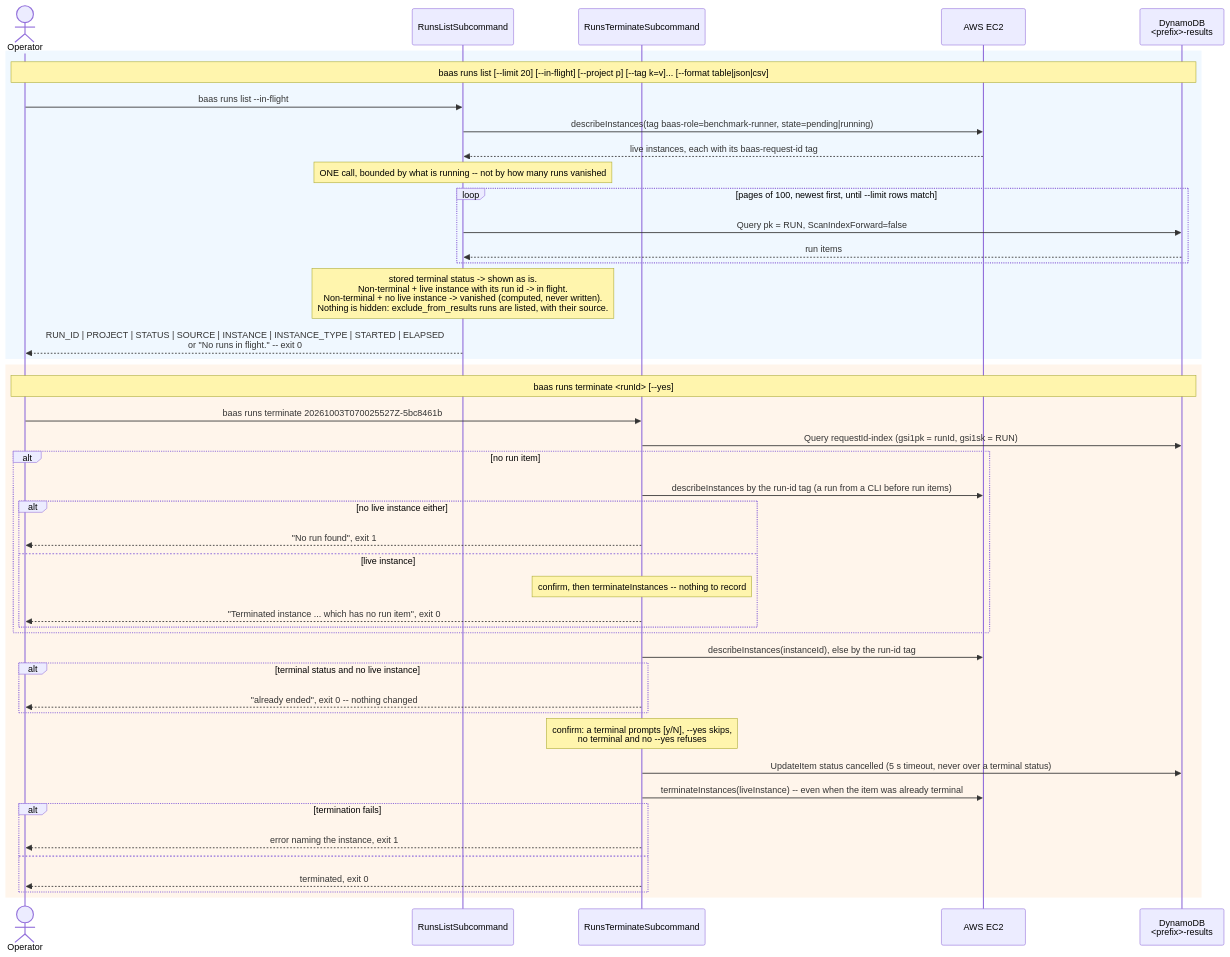
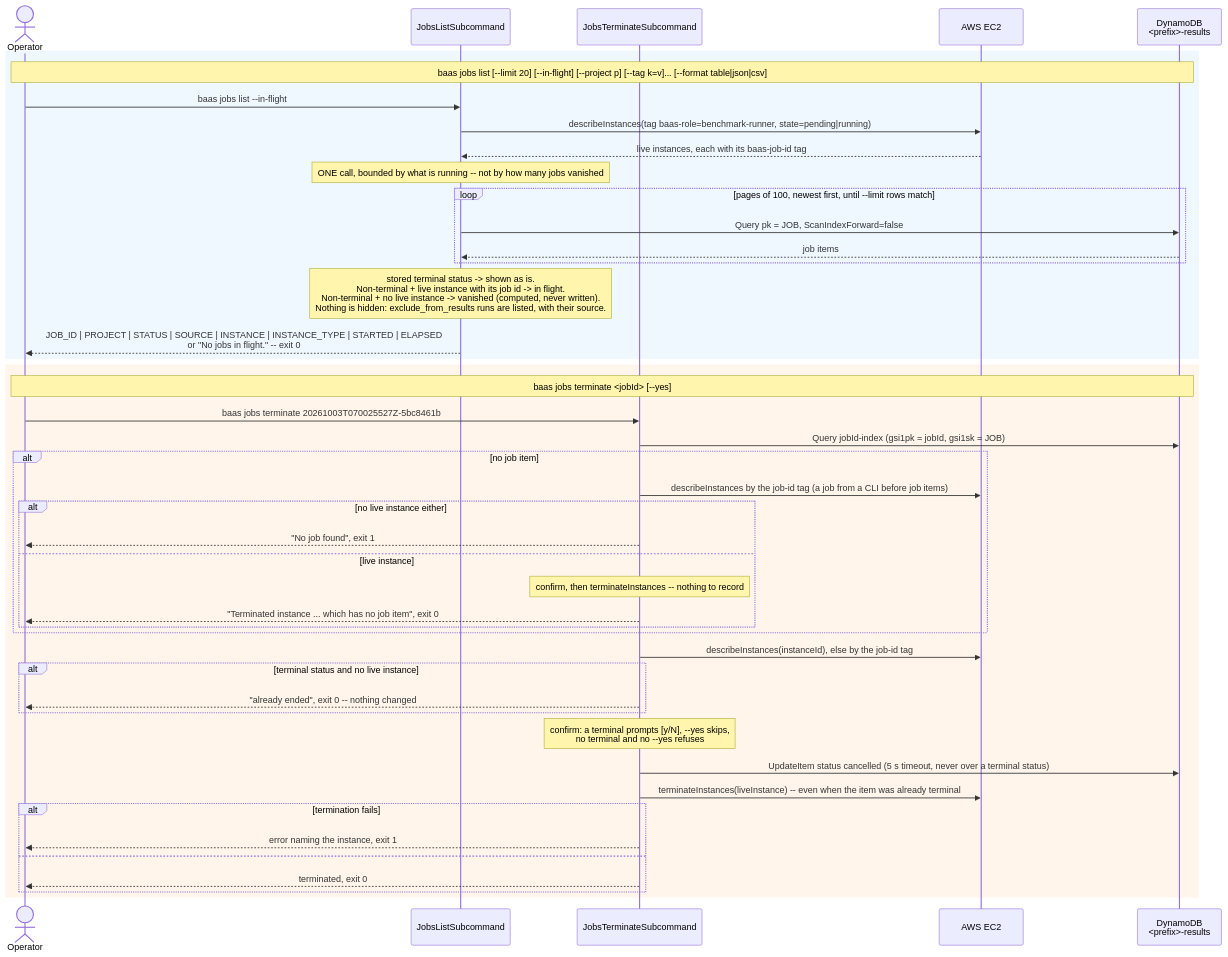
The diagram in docs/diagrams/baas-jobs.mmd (wsztajerowski/benchmark-as-a-service), drawn with Mermaid before and after one commit. The commit also changed 21 other files, not shown here.

First line of the commit message:
docs: call a run a job in the docs and diagrams

```diff
--- a/docs/diagrams/baas-jobs.mmd
+++ b/docs/diagrams/baas-jobs.mmd
@@ -1,47 +1,47 @@
 sequenceDiagram
     actor User as Operator
-    participant RL as RunsListSubcommand
-    participant RT as RunsTerminateSubcommand
+    participant RL as JobsListSubcommand
+    participant RT as JobsTerminateSubcommand
     participant EC2 as AWS EC2
     participant DDB as DynamoDB<br/><prefix>-results
 
     rect rgb(240, 248, 255)
-        Note over User,DDB: baas runs list [--limit 20] [--in-flight] [--project p] [--tag k=v]... [--format table|json|csv]
-        User->>RL: baas runs list --in-flight
+        Note over User,DDB: baas jobs list [--limit 20] [--in-flight] [--project p] [--tag k=v]... [--format table|json|csv]
+        User->>RL: baas jobs list --in-flight
         RL->>EC2: describeInstances(tag baas-role=benchmark-runner, state=pending|running)
-        EC2-->>RL: live instances, each with its baas-request-id tag
-        Note over RL: ONE call, bounded by what is running -- not by how many runs vanished
+        EC2-->>RL: live instances, each with its baas-job-id tag
+        Note over RL: ONE call, bounded by what is running -- not by how many jobs vanished
         loop pages of 100, newest first, until --limit rows match
-            RL->>DDB: Query pk = RUN, ScanIndexForward=false
-            DDB-->>RL: run items
+            RL->>DDB: Query pk = JOB, ScanIndexForward=false
+            DDB-->>RL: job items
         end
-        Note over RL: stored terminal status -> shown as is.<br/>Non-terminal + live instance with its run id -> in flight.<br/>Non-terminal + no live instance -> vanished (computed, never written).<br/>Nothing is hidden: exclude_from_results runs are listed, with their source.
-        RL-->>User: RUN_ID | PROJECT | STATUS | SOURCE | INSTANCE | INSTANCE_TYPE | STARTED | ELAPSED<br/>or "No runs in flight." -- exit 0
+        Note over RL: stored terminal status -> shown as is.<br/>Non-terminal + live instance with its job id -> in flight.<br/>Non-terminal + no live instance -> vanished (computed, never written).<br/>Nothing is hidden: exclude_from_results runs are listed, with their source.
+        RL-->>User: JOB_ID | PROJECT | STATUS | SOURCE | INSTANCE | INSTANCE_TYPE | STARTED | ELAPSED<br/>or "No jobs in flight." -- exit 0
     end
 
     rect rgb(255, 245, 235)
-        Note over User,DDB: baas runs terminate <runId> [--yes]
-        User->>RT: baas runs terminate 20261003T070025527Z-5bc8461b
-        RT->>DDB: Query requestId-index (gsi1pk = runId, gsi1sk = RUN)
-        alt no run item
-            RT->>EC2: describeInstances by the run-id tag (a run from a CLI before run items)
+        Note over User,DDB: baas jobs terminate <jobId> [--yes]
+        User->>RT: baas jobs terminate 20261003T070025527Z-5bc8461b
+        RT->>DDB: Query jobId-index (gsi1pk = jobId, gsi1sk = JOB)
+        alt no job item
+            RT->>EC2: describeInstances by the job-id tag (a job from a CLI before job items)
             alt no live instance either
-                RT-->>User: "No run found", exit 1
+                RT-->>User: "No job found", exit 1
             else live instance
                 Note over RT: confirm, then terminateInstances -- nothing to record
-                RT-->>User: "Terminated instance ... which has no run item", exit 0
+                RT-->>User: "Terminated instance ... which has no job item", exit 0
             end
         end
-        RT->>EC2: describeInstances(instanceId), else by the run-id tag
+        RT->>EC2: describeInstances(instanceId), else by the job-id tag
         alt terminal status and no live instance
             RT-->>User: "already ended", exit 0 -- nothing changed
         end
         Note over RT: confirm: a terminal prompts [y/N], --yes skips,<br/>no terminal and no --yes refuses
         RT->>DDB: UpdateItem status cancelled (5 s timeout, never over a terminal status)
         RT->>EC2: terminateInstances(liveInstance) -- even when the item was already terminal
         alt termination fails
             RT-->>User: error naming the instance, exit 1
         else
             RT-->>User: terminated, exit 0
         end
     end
```
